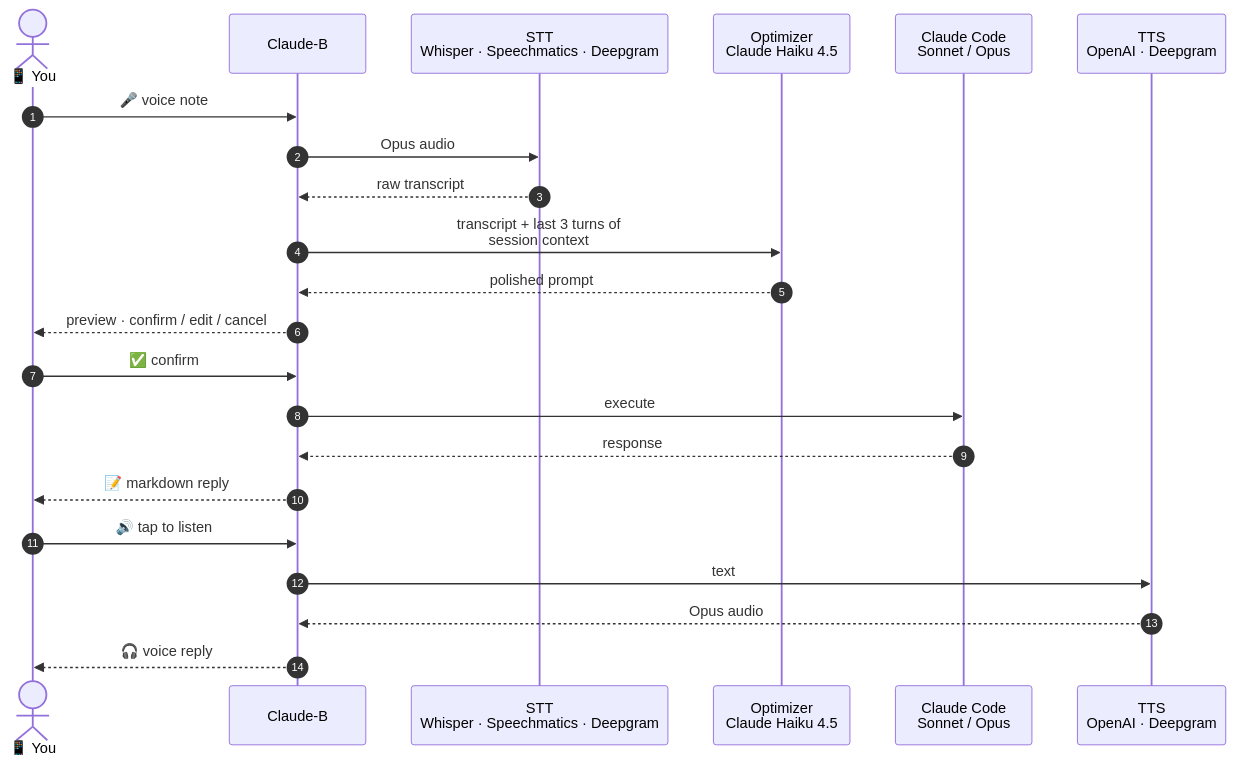
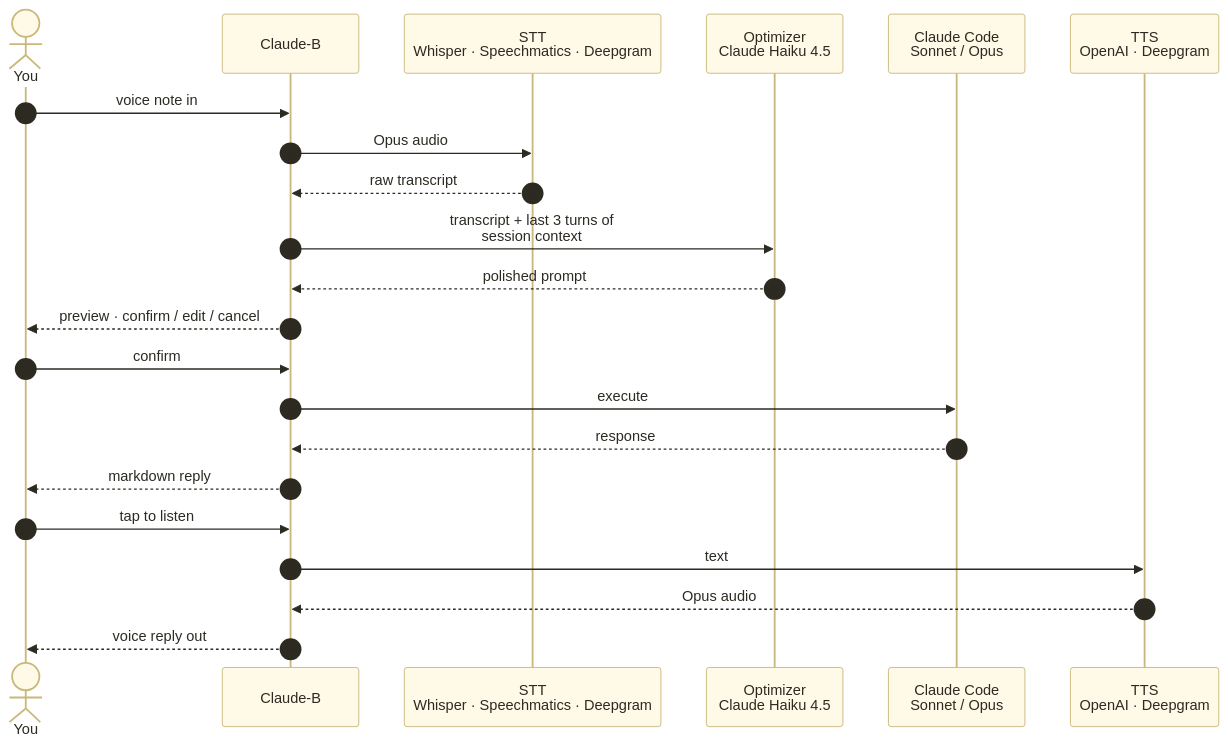
Before and after one commit to danimoya/Claude-B: the diagram in README.md, drawn with Mermaid. The commit also changed 3 other files, not shown here.

First line of the commit message:
Re-theme voice pipeline diagram with warm-white background

````diff
--- a/README.md
+++ b/README.md
@@ -32,25 +32,45 @@
 ```mermaid
+%%{init: {'theme':'base', 'themeVariables': {
+  'background': '#fdf7e9',
+  'primaryColor': '#fff9e7',
+  'primaryTextColor': '#2d2a22',
+  'primaryBorderColor': '#c9b87a',
+  'lineColor': '#8a7338',
+  'actorBkg': '#fff9e7',
+  'actorBorder': '#c9b87a',
+  'actorTextColor': '#2d2a22',
+  'activationBkgColor': '#fff2c6',
+  'activationBorderColor': '#c9b87a',
+  'noteBkgColor': '#fff9e7',
+  'noteBorderColor': '#c9b87a',
+  'signalColor': '#2d2a22',
+  'signalTextColor': '#2d2a22',
+  'labelBoxBkgColor': '#fff9e7',
+  'labelBoxBorderColor': '#c9b87a',
+  'labelTextColor': '#2d2a22',
+  'sequenceNumberColor': '#2d2a22'
+}}}%%
 sequenceDiagram
     autonumber
-    actor U as 📱 You
+    actor U as You
     participant B as Claude-B
     participant STT as STT<br/>Whisper · Speechmatics · Deepgram
     participant O as Optimizer<br/>Claude Haiku 4.5
     participant C as Claude Code<br/>Sonnet / Opus
     participant T as TTS<br/>OpenAI · Deepgram
 
-    U->>B: 🎤 voice note
+    U->>B: voice note in
     B->>STT: Opus audio
     STT-->>B: raw transcript
     B->>O: transcript + last 3 turns of<br/>session context
     O-->>B: polished prompt
     B-->>U: preview · confirm / edit / cancel
-    U->>B: ✅ confirm
+    U->>B: confirm
     B->>C: execute
     C-->>B: response
-    B-->>U: 📝 markdown reply
-    U->>B: 🔊 tap to listen
+    B-->>U: markdown reply
+    U->>B: tap to listen
     B->>T: text
     T-->>B: Opus audio
-    B-->>U: 🎧 voice reply
+    B-->>U: voice reply out
 ```
````
